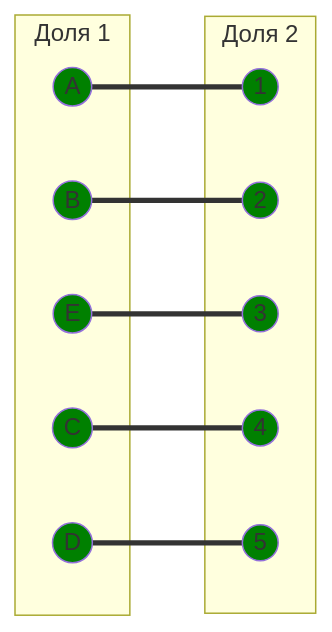
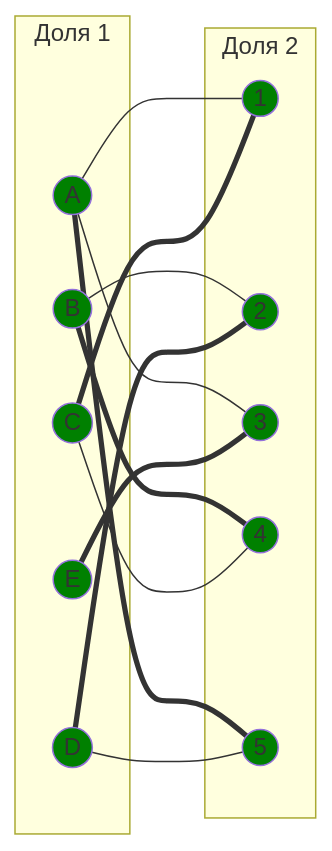
Diagram 12 of 12 in Задание 8/Nyashki.md (algos-ris-24-3/manual-tasks), drawn with Mermaid before and after one commit. The commit also changed other lines of this file, not shown here.

````diff
--- a/Задание 8/Nyashki.md
+++ b/Задание 8/Nyashki.md
@@ -379,34 +359,44 @@
 ```mermaid
 graph LR
     subgraph "Доля 1"
         A((A))
         B((B))
         C((C))
         D((D))
         E((E))
     end
     subgraph "Доля 2"
         1((1))
         2((2))
         3((3))
         4((4))
         5((5))
     end
 
-    A === 1
-    B === 2
-    C === 4
-    D === 5
+    A --- 1
+    A --- 3
+    A === 5
+
+    B --- 2
+    B === 4
+
+    C === 1
+    C --- 4
+    
+    D === 2
+    D --- 5
+    
     E === 3
 
+    style E fill:#008000
     style A fill:#008000
-    style B fill:#008000
     style C fill:#008000
     style D fill:#008000
-    style E fill:#008000
     style 1 fill:#008000
     style 2 fill:#008000
     style 3 fill:#008000
+    style 5 fill:#008000
+    style B fill:#008000
     style 4 fill:#008000
-    style 5 fill:#008000
+    
 ```
````
